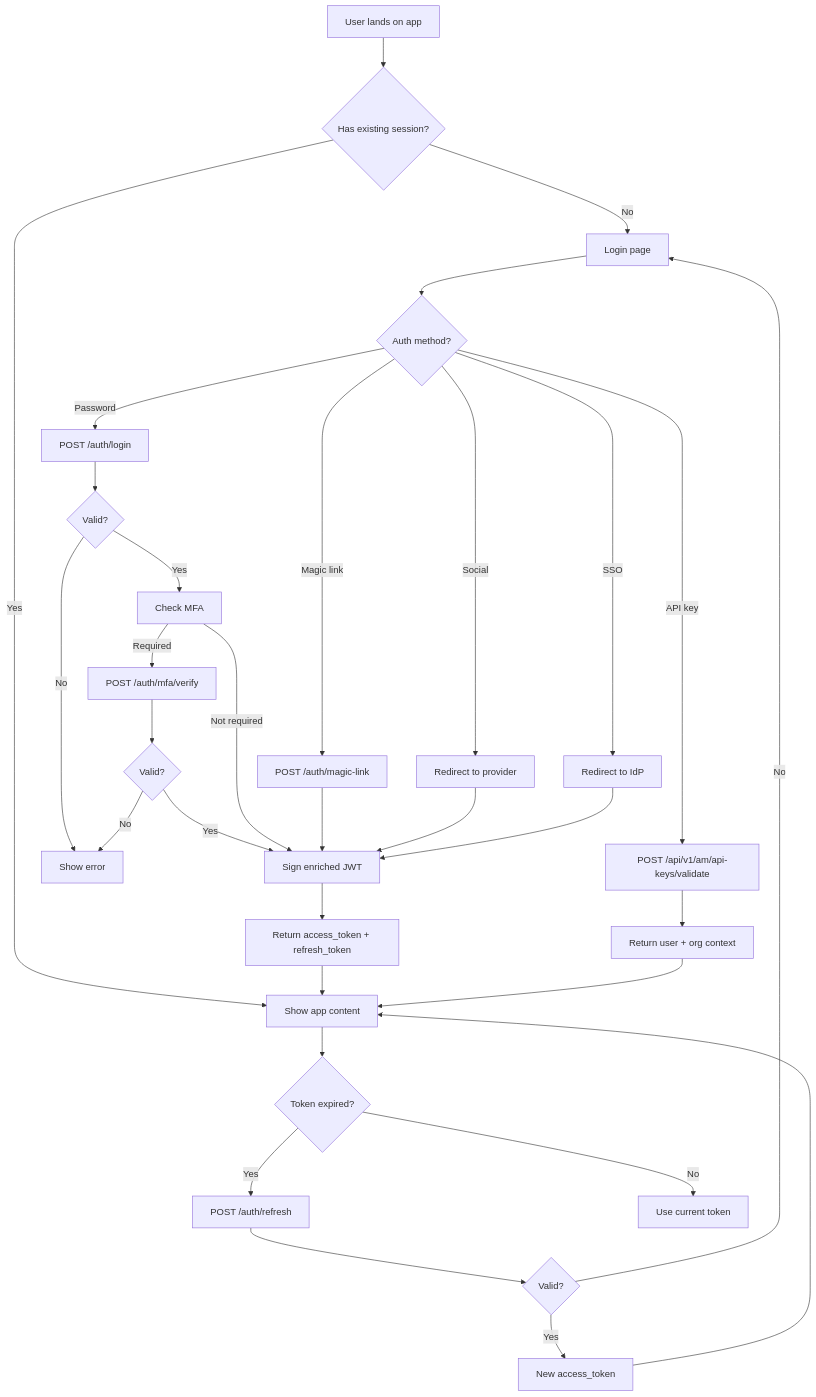
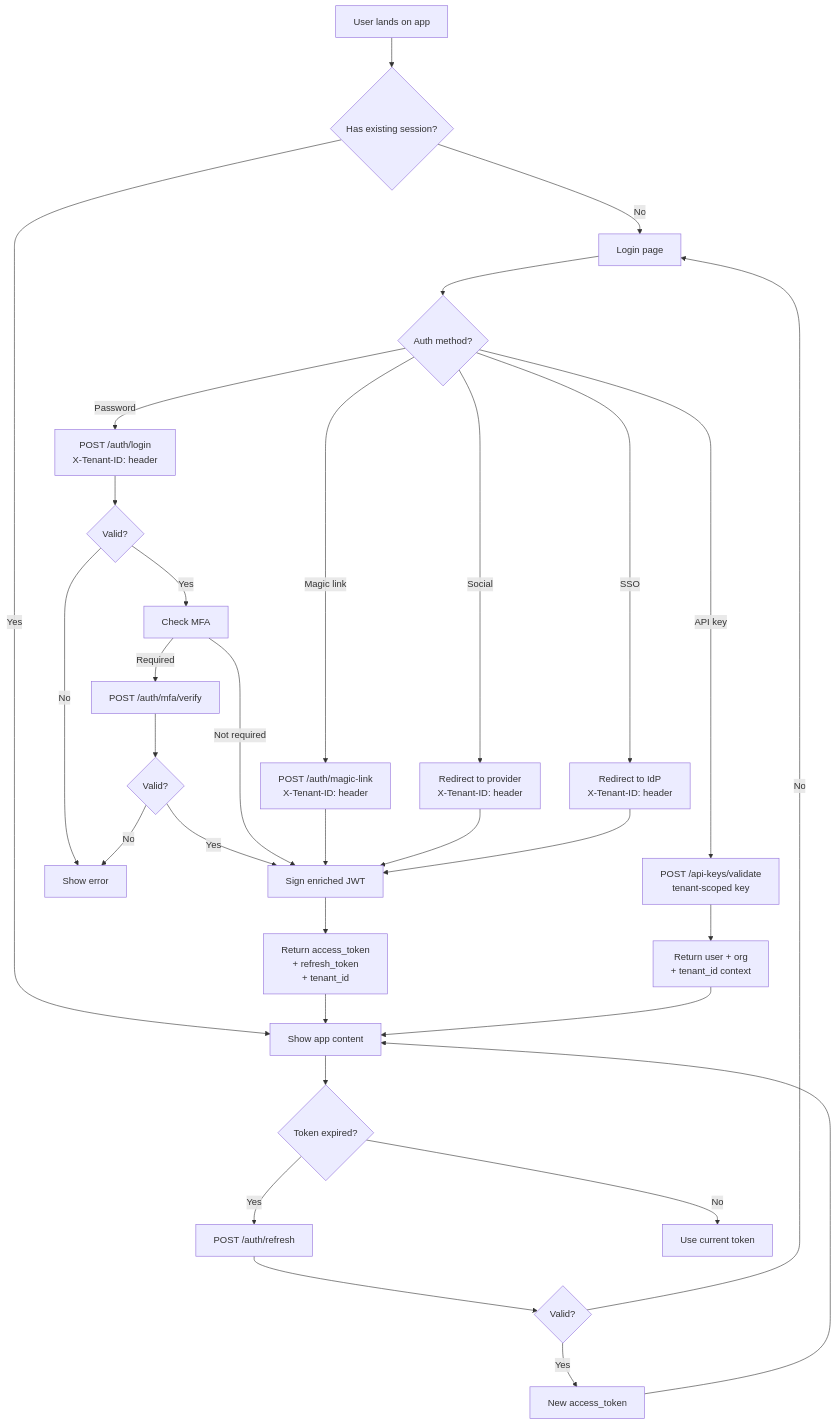
The fourth of 14 diagrams in docs/design-doc.md (microscaler/sesame-idam), drawn with Mermaid before and after one commit. The commit also changed other lines of this file and 424 other files, not shown here.

````diff
--- a/docs/design-doc.md
+++ b/docs/design-doc.md
@@ -470,34 +592,34 @@
 ```mermaid
 flowchart TD
     A[User lands on app] --> B{Has existing session?}
     B -->|No| C[Login page]
     B -->|Yes| D[Show app content]
     C --> E{Auth method?}
-    E -->|Password| F[POST /auth/login]
-    E -->|Magic link| G[POST /auth/magic-link]
-    E -->|Social| H[Redirect to provider]
-    E -->|SSO| I[Redirect to IdP]
-    E -->|API key| J[POST /api/v1/am/api-keys/validate]
+    E -->|Password| F[POST /auth/login<br/>X-Tenant-ID: header]
+    E -->|Magic link| G[POST /auth/magic-link<br/>X-Tenant-ID: header]
+    E -->|Social| H[Redirect to provider<br/>X-Tenant-ID: header]
+    E -->|SSO| I[Redirect to IdP<br/>X-Tenant-ID: header]
+    E -->|API key| J[POST /api-keys/validate<br/>tenant-scoped key]
     F --> K{Valid?}
     K -->|No| L[Show error]
     K -->|Yes| M[Check MFA]
     M -->|Required| N[POST /auth/mfa/verify]
     N --> O{Valid?}
     O -->|No| L
     O -->|Yes| P[Sign enriched JWT]
     M -->|Not required| P
-    P --> Q[Return access_token + refresh_token]
+    P --> Q[Return access_token<br/>+ refresh_token<br/>+ tenant_id]
     Q --> D
     G --> P
     H --> P
     I --> P
-    J --> R[Return user + org context]
+    J --> R[Return user + org<br/>+ tenant_id context]
     R --> D
     D --> S{Token expired?}
     S -->|Yes| T[POST /auth/refresh]
     S -->|No| U[Use current token]
     T --> V{Valid?}
     V -->|No| C
     V -->|Yes| W[New access_token]
     W --> D
 ```
````
